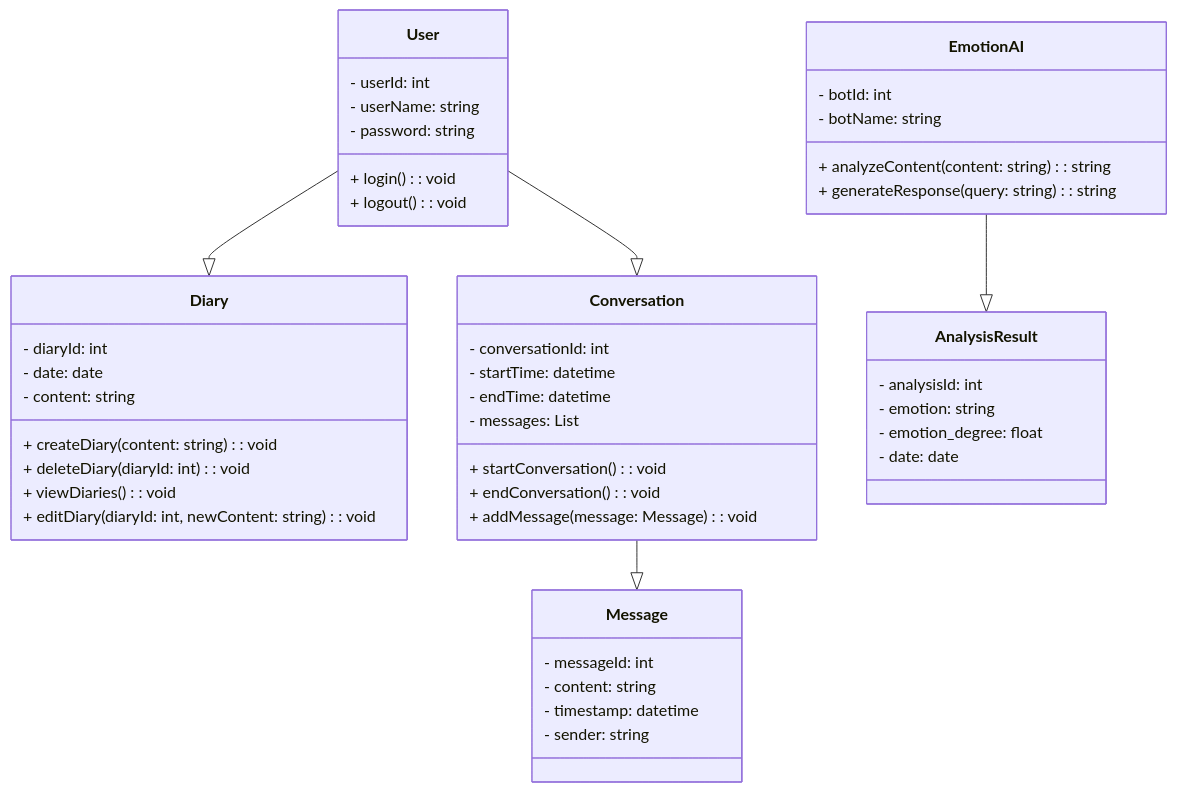
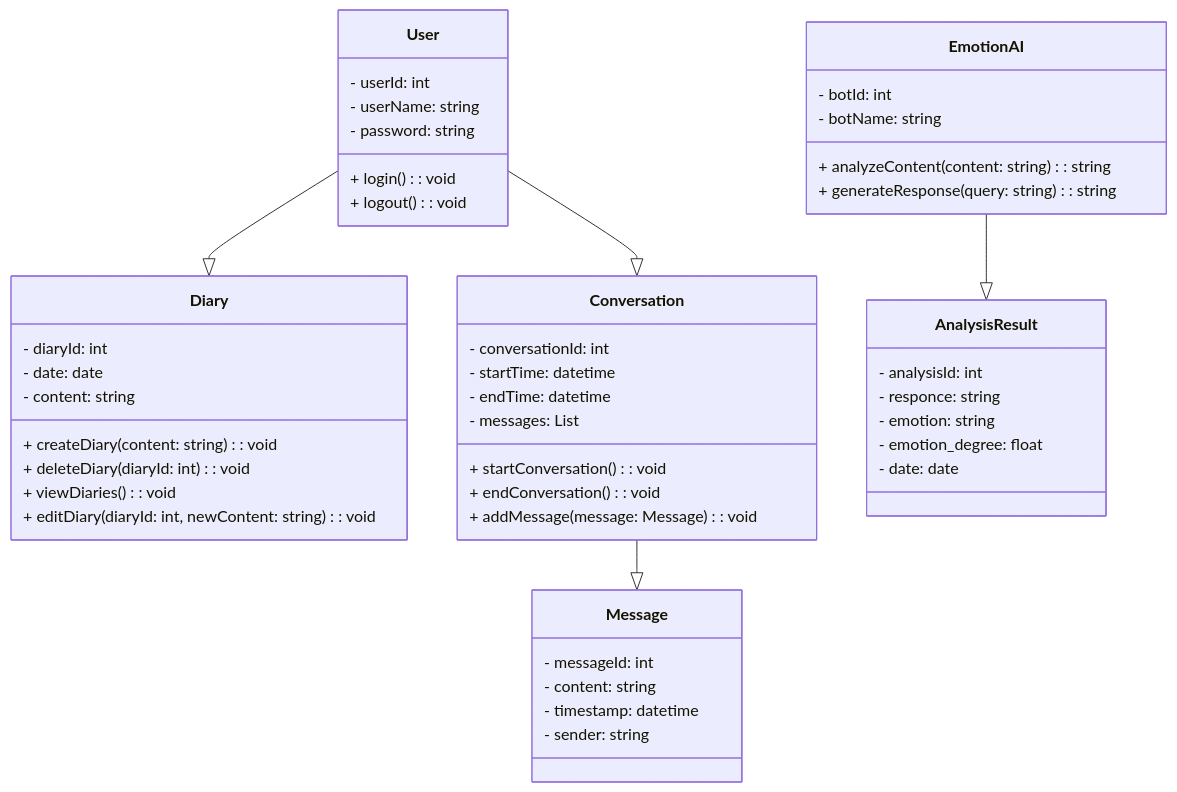
One commit to ut42univ/EmoDialog changed the diagram in spec/figure_class/class_conceptualModel.md. Above: the diagram before and after it, drawn with Mermaid. The commit also changed 16 other files, not shown here.

````diff
--- a/spec/figure_class/class_conceptualModel.md
+++ b/spec/figure_class/class_conceptualModel.md
@@ -1,51 +1,52 @@
 ```mermaid
 classDiagram
     class User {
         - userId: int
         - userName: string
         - password: string
         + login(): void
         + logout(): void
     }
     class Diary {
         - diaryId: int
         - date: date
         - content: string
         + createDiary(content: string): void
         + deleteDiary(diaryId: int): void
         + viewDiaries(): void
         + editDiary(diaryId: int, newContent: string): void
     }
     class EmotionAI {
         - botId: int
         - botName: string
         + analyzeContent(content: string): string
         + generateResponse(query: string): string
     }
     class AnalysisResult {
         - analysisId: int
+        - responce: string
         - emotion: string
         - emotion_degree: float
         - date: date
     }
     class Conversation {
         - conversationId: int
         - startTime: datetime
         - endTime: datetime
         - messages: List<Message>
         + startConversation(): void
         + endConversation(): void
         + addMessage(message: Message): void
     }
     class Message {
         - messageId: int
         - content: string
         - timestamp: datetime
         - sender: string
     }
 
     User --|> Diary
     User --|> Conversation
     EmotionAI --|> AnalysisResult
     Conversation --|> Message
 ```
````
